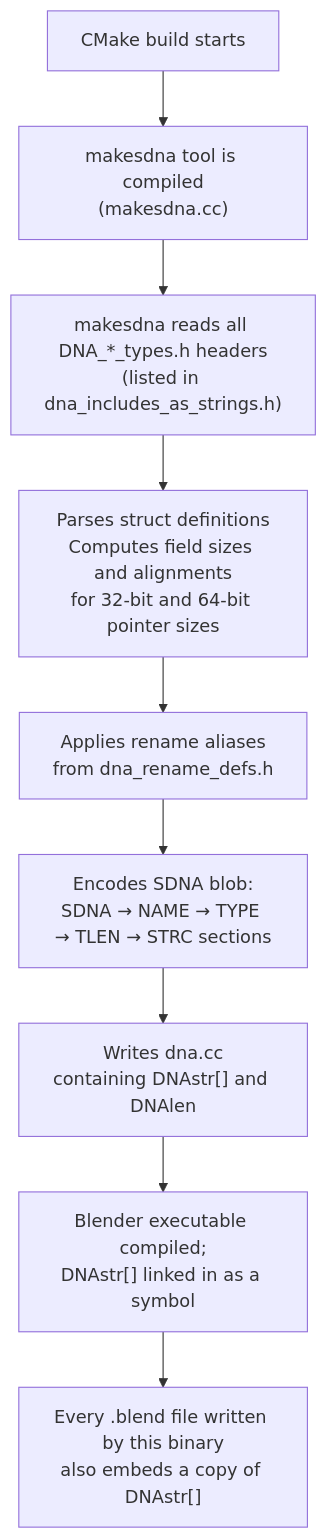
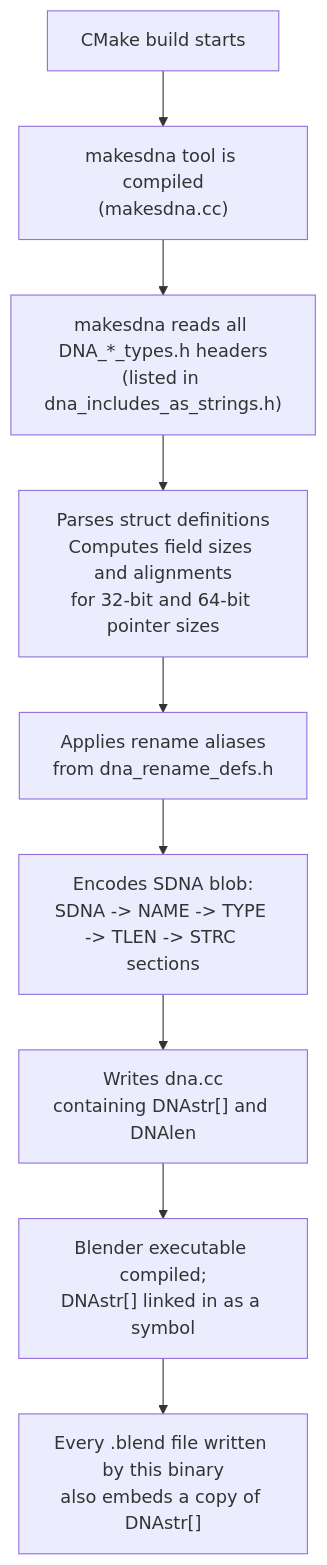
The first of 4 diagrams in Blender_DNA.md (euclid-skyline/Blender_Internals_Notes), drawn with Mermaid before and after one commit. The commit also changed other lines of this file, not shown here.

Commit message:
docs: add structural diagrams and detailed SDNA variable summary to Blender_DNA.md

````diff
--- a/Blender_DNA.md
+++ b/Blender_DNA.md
@@ -571,11 +213,11 @@
 ```mermaid
 flowchart TD
-    A["CMake build starts"] --> B["makesdna tool is compiled<br/>(makesdna.cc)"]
-    B --> C["makesdna reads all DNA_*_types.h headers<br/>(listed in dna_includes_as_strings.h)"]
-    C --> D["Parses struct definitions<br/>Computes field sizes and alignments<br/>for 32-bit and 64-bit pointer sizes"]
-    D --> E["Applies rename aliases<br/>from dna_rename_defs.h"]
-    E --> F["Encodes SDNA blob:<br/>SDNA → NAME → TYPE → TLEN → STRC sections"]
-    F --> G["Writes dna.cc<br/>containing DNAstr[] and DNAlen"]
-    G --> H["Blender executable compiled;<br/>DNAstr[] linked in as a symbol"]
-    H --> I["Every .blend file written by this binary<br/>also embeds a copy of DNAstr[]"]
+  A["CMake build starts"] --> B["makesdna tool is compiled<br/>(makesdna.cc)"]
+  B --> C["makesdna reads all DNA_*_types.h headers<br/>(listed in dna_includes_as_strings.h)"]
+  C --> D["Parses struct definitions<br/>Computes field sizes and alignments<br/>for 32-bit and 64-bit pointer sizes"]
+  D --> E["Applies rename aliases<br/>from dna_rename_defs.h"]
+  E --> F["Encodes SDNA blob:<br/>SDNA -> NAME -> TYPE -> TLEN -> STRC sections"]
+  F --> G["Writes dna.cc<br/>containing DNAstr[] and DNAlen"]
+  G --> H["Blender executable compiled;<br/>DNAstr[] linked in as a symbol"]
+  H --> I["Every .blend file written by this binary<br/>also embeds a copy of DNAstr[]"]
 ```
````
